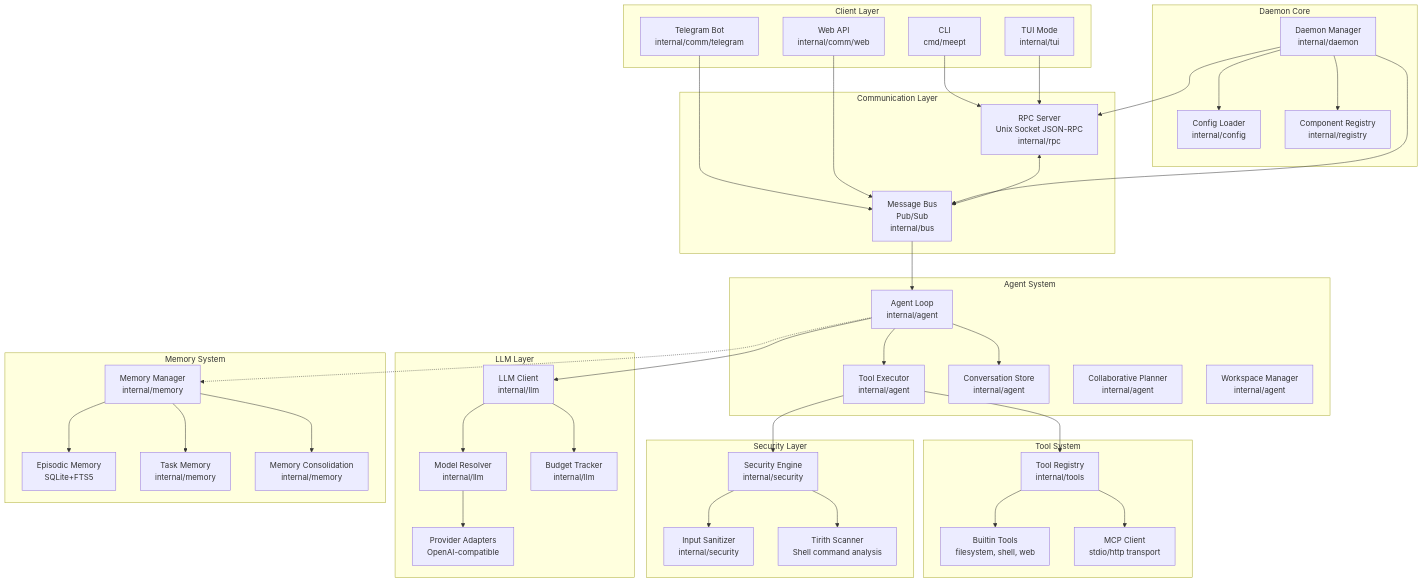
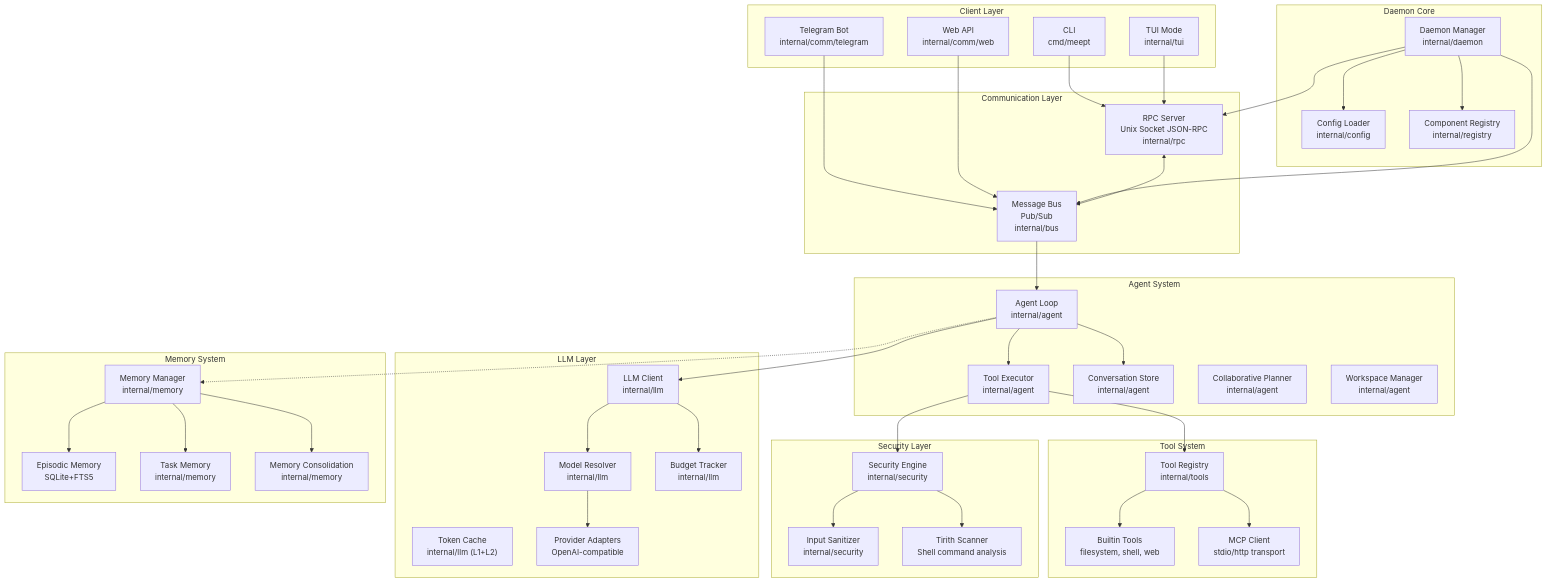
The first of 2 diagrams in docs/concepts/architecture.md (bhodgens/meept), drawn with Mermaid before and after one commit. The commit also changed other lines of this file and 13 other files, not shown here.

```diff
--- a/docs/concepts/architecture.md
+++ b/docs/concepts/architecture.md
@@ -36,6 +36,7 @@
         LLMClient["LLM Client<br/>internal/llm"]
         Resolver["Model Resolver<br/>internal/llm"]
         Budget["Budget Tracker<br/>internal/llm"]
+        TokenCache["Token Cache<br/>internal/llm (L1+L2)"]
         Providers["Provider Adapters<br/>OpenAI-compatible"]
     end
 
```
